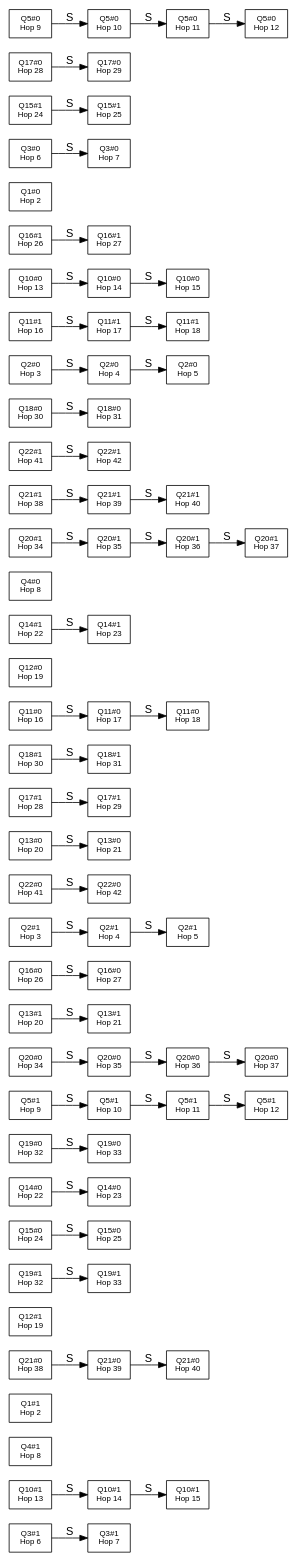
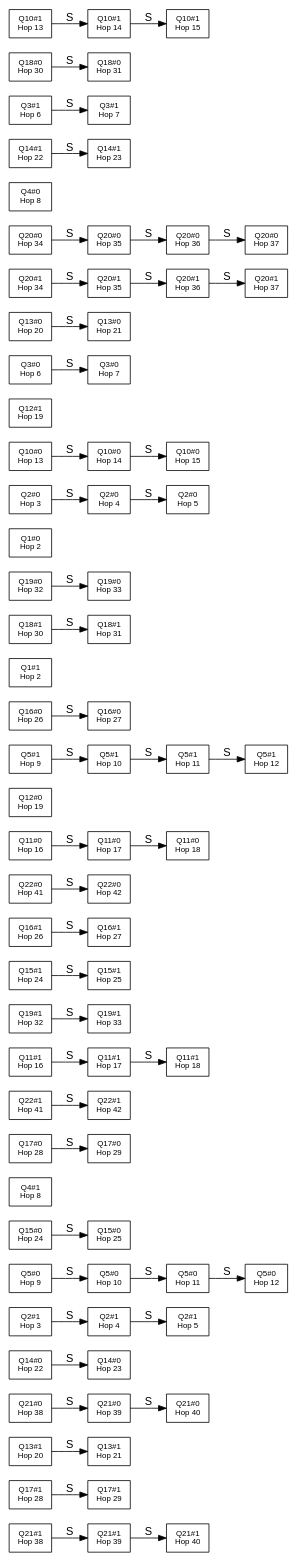
The diagram in results/tpch/sc_graph_combined.dot (gsoosk/benchbase-transact), drawn with Graphviz before and after one commit. The commit also changed 1502 other files, not shown here.

```diff
--- a/results/tpch/sc_graph_combined.dot
+++ b/results/tpch/sc_graph_combined.dot
@@ -1,133 +1,133 @@
 digraph CombinedSCGraph {
   graph [rankdir=LR];
   node  [shape=record, fontsize=10, fontname=Helvetica];
   edge  [fontname=Helvetica];
-  cv0 [label="Q3#1\nHop 6\n"];
-  cv1 [label="Q10#1\nHop 13\n"];
-  cv2 [label="Q10#1\nHop 14\n"];
-  cv3 [label="Q4#1\nHop 8\n"];
-  cv4 [label="Q1#1\nHop 2\n"];
-  cv5 [label="Q21#0\nHop 38\n"];
-  cv6 [label="Q12#1\nHop 19\n"];
-  cv7 [label="Q19#1\nHop 32\n"];
-  cv8 [label="Q15#0\nHop 24\n"];
-  cv9 [label="Q14#0\nHop 22\n"];
-  cv10 [label="Q19#0\nHop 32\n"];
-  cv11 [label="Q5#1\nHop 9\n"];
-  cv12 [label="Q20#0\nHop 34\n"];
-  cv13 [label="Q13#1\nHop 20\n"];
-  cv14 [label="Q16#0\nHop 26\n"];
-  cv15 [label="Q16#0\nHop 27\n"];
-  cv16 [label="Q2#1\nHop 3\n"];
-  cv17 [label="Q22#0\nHop 41\n"];
-  cv18 [label="Q22#0\nHop 42\n"];
-  cv19 [label="Q13#0\nHop 20\n"];
-  cv20 [label="Q19#1\nHop 33\n"];
-  cv21 [label="Q17#1\nHop 28\n"];
-  cv22 [label="Q18#1\nHop 30\n"];
-  cv23 [label="Q18#1\nHop 31\n"];
-  cv24 [label="Q11#0\nHop 16\n"];
+  cv0 [label="Q21#1\nHop 38\n"];
+  cv1 [label="Q17#1\nHop 28\n"];
+  cv2 [label="Q13#1\nHop 20\n"];
+  cv3 [label="Q21#0\nHop 38\n"];
+  cv4 [label="Q14#0\nHop 22\n"];
+  cv5 [label="Q2#1\nHop 3\n"];
+  cv6 [label="Q5#0\nHop 9\n"];
+  cv7 [label="Q15#0\nHop 24\n"];
+  cv8 [label="Q21#0\nHop 39\n"];
+  cv9 [label="Q4#1\nHop 8\n"];
+  cv10 [label="Q17#0\nHop 28\n"];
+  cv11 [label="Q22#1\nHop 41\n"];
+  cv12 [label="Q11#1\nHop 16\n"];
+  cv13 [label="Q17#0\nHop 29\n"];
+  cv14 [label="Q19#1\nHop 32\n"];
+  cv15 [label="Q19#1\nHop 33\n"];
+  cv16 [label="Q15#1\nHop 24\n"];
+  cv17 [label="Q16#1\nHop 26\n"];
+  cv18 [label="Q16#1\nHop 27\n"];
+  cv19 [label="Q22#0\nHop 41\n"];
+  cv20 [label="Q11#0\nHop 16\n"];
+  cv21 [label="Q22#0\nHop 42\n"];
+  cv22 [label="Q12#0\nHop 19\n"];
+  cv23 [label="Q15#0\nHop 25\n"];
+  cv24 [label="Q5#1\nHop 9\n"];
   cv25 [label="Q5#1\nHop 10\n"];
-  cv26 [label="Q12#0\nHop 19\n"];
-  cv27 [label="Q14#1\nHop 22\n"];
-  cv28 [label="Q4#0\nHop 8\n"];
-  cv29 [label="Q20#1\nHop 34\n"];
-  cv30 [label="Q21#1\nHop 38\n"];
-  cv31 [label="Q21#1\nHop 39\n"];
-  cv32 [label="Q21#1\nHop 40\n"];
-  cv33 [label="Q22#1\nHop 41\n"];
-  cv34 [label="Q22#1\nHop 42\n"];
-  cv35 [label="Q18#0\nHop 30\n"];
-  cv36 [label="Q2#0\nHop 3\n"];
-  cv37 [label="Q20#1\nHop 35\n"];
-  cv38 [label="Q20#1\nHop 36\n"];
-  cv39 [label="Q20#1\nHop 37\n"];
-  cv40 [label="Q2#0\nHop 4\n"];
-  cv41 [label="Q3#1\nHop 7\n"];
-  cv42 [label="Q14#0\nHop 23\n"];
-  cv43 [label="Q11#1\nHop 16\n"];
-  cv44 [label="Q11#1\nHop 17\n"];
-  cv45 [label="Q11#1\nHop 18\n"];
-  cv46 [label="Q10#0\nHop 13\n"];
-  cv47 [label="Q10#0\nHop 14\n"];
-  cv48 [label="Q19#0\nHop 33\n"];
-  cv49 [label="Q14#1\nHop 23\n"];
-  cv50 [label="Q10#1\nHop 15\n"];
-  cv51 [label="Q5#1\nHop 11\n"];
-  cv52 [label="Q5#1\nHop 12\n"];
-  cv53 [label="Q20#0\nHop 35\n"];
-  cv54 [label="Q20#0\nHop 36\n"];
-  cv55 [label="Q20#0\nHop 37\n"];
-  cv56 [label="Q13#0\nHop 21\n"];
-  cv57 [label="Q21#0\nHop 39\n"];
-  cv58 [label="Q21#0\nHop 40\n"];
-  cv59 [label="Q16#1\nHop 26\n"];
-  cv60 [label="Q11#0\nHop 17\n"];
-  cv61 [label="Q11#0\nHop 18\n"];
-  cv62 [label="Q10#0\nHop 15\n"];
-  cv63 [label="Q2#0\nHop 5\n"];
-  cv64 [label="Q1#0\nHop 2\n"];
-  cv65 [label="Q3#0\nHop 6\n"];
-  cv66 [label="Q3#0\nHop 7\n"];
-  cv67 [label="Q2#1\nHop 4\n"];
-  cv68 [label="Q2#1\nHop 5\n"];
-  cv69 [label="Q17#1\nHop 29\n"];
-  cv70 [label="Q15#1\nHop 24\n"];
-  cv71 [label="Q15#1\nHop 25\n"];
-  cv72 [label="Q17#0\nHop 28\n"];
-  cv73 [label="Q17#0\nHop 29\n"];
-  cv74 [label="Q18#0\nHop 31\n"];
-  cv75 [label="Q16#1\nHop 27\n"];
-  cv76 [label="Q15#0\nHop 25\n"];
-  cv77 [label="Q5#0\nHop 9\n"];
-  cv78 [label="Q5#0\nHop 10\n"];
-  cv79 [label="Q5#0\nHop 11\n"];
-  cv80 [label="Q5#0\nHop 12\n"];
-  cv81 [label="Q13#1\nHop 21\n"];
-  cv0 -> cv41 [color=black, label="S"];
-  cv1 -> cv2 [color=black, label="S"];
-  cv2 -> cv50 [color=black, label="S"];
-  cv5 -> cv57 [color=black, label="S"];
-  cv7 -> cv20 [color=black, label="S"];
-  cv8 -> cv76 [color=black, label="S"];
-  cv9 -> cv42 [color=black, label="S"];
-  cv10 -> cv48 [color=black, label="S"];
-  cv11 -> cv25 [color=black, label="S"];
-  cv12 -> cv53 [color=black, label="S"];
-  cv13 -> cv81 [color=black, label="S"];
+  cv26 [label="Q16#0\nHop 26\n"];
+  cv27 [label="Q1#1\nHop 2\n"];
+  cv28 [label="Q17#1\nHop 29\n"];
+  cv29 [label="Q18#1\nHop 30\n"];
+  cv30 [label="Q18#1\nHop 31\n"];
+  cv31 [label="Q11#1\nHop 17\n"];
+  cv32 [label="Q11#1\nHop 18\n"];
+  cv33 [label="Q2#1\nHop 4\n"];
+  cv34 [label="Q2#1\nHop 5\n"];
+  cv35 [label="Q19#0\nHop 32\n"];
+  cv36 [label="Q1#0\nHop 2\n"];
+  cv37 [label="Q2#0\nHop 3\n"];
+  cv38 [label="Q10#0\nHop 13\n"];
+  cv39 [label="Q13#1\nHop 21\n"];
+  cv40 [label="Q21#1\nHop 39\n"];
+  cv41 [label="Q21#1\nHop 40\n"];
+  cv42 [label="Q5#0\nHop 10\n"];
+  cv43 [label="Q5#0\nHop 11\n"];
+  cv44 [label="Q21#0\nHop 40\n"];
+  cv45 [label="Q12#1\nHop 19\n"];
+  cv46 [label="Q16#0\nHop 27\n"];
+  cv47 [label="Q14#0\nHop 23\n"];
+  cv48 [label="Q3#0\nHop 6\n"];
+  cv49 [label="Q5#1\nHop 11\n"];
+  cv50 [label="Q5#1\nHop 12\n"];
+  cv51 [label="Q22#1\nHop 42\n"];
+  cv52 [label="Q15#1\nHop 25\n"];
+  cv53 [label="Q5#0\nHop 12\n"];
+  cv54 [label="Q13#0\nHop 20\n"];
+  cv55 [label="Q13#0\nHop 21\n"];
+  cv56 [label="Q10#0\nHop 14\n"];
+  cv57 [label="Q20#1\nHop 34\n"];
+  cv58 [label="Q20#1\nHop 35\n"];
+  cv59 [label="Q20#1\nHop 36\n"];
+  cv60 [label="Q20#1\nHop 37\n"];
+  cv61 [label="Q20#0\nHop 34\n"];
+  cv62 [label="Q20#0\nHop 35\n"];
+  cv63 [label="Q20#0\nHop 36\n"];
+  cv64 [label="Q20#0\nHop 37\n"];
+  cv65 [label="Q4#0\nHop 8\n"];
+  cv66 [label="Q14#1\nHop 22\n"];
+  cv67 [label="Q14#1\nHop 23\n"];
+  cv68 [label="Q10#0\nHop 15\n"];
+  cv69 [label="Q3#1\nHop 6\n"];
+  cv70 [label="Q3#1\nHop 7\n"];
+  cv71 [label="Q3#0\nHop 7\n"];
+  cv72 [label="Q18#0\nHop 30\n"];
+  cv73 [label="Q18#0\nHop 31\n"];
+  cv74 [label="Q2#0\nHop 4\n"];
+  cv75 [label="Q2#0\nHop 5\n"];
+  cv76 [label="Q10#1\nHop 13\n"];
+  cv77 [label="Q10#1\nHop 14\n"];
+  cv78 [label="Q10#1\nHop 15\n"];
+  cv79 [label="Q11#0\nHop 17\n"];
+  cv80 [label="Q11#0\nHop 18\n"];
+  cv81 [label="Q19#0\nHop 33\n"];
+  cv0 -> cv40 [color=black, label="S"];
+  cv1 -> cv28 [color=black, label="S"];
+  cv2 -> cv39 [color=black, label="S"];
+  cv3 -> cv8 [color=black, label="S"];
+  cv4 -> cv47 [color=black, label="S"];
+  cv5 -> cv33 [color=black, label="S"];
+  cv6 -> cv42 [color=black, label="S"];
+  cv7 -> cv23 [color=black, label="S"];
+  cv8 -> cv44 [color=black, label="S"];
+  cv10 -> cv13 [color=black, label="S"];
+  cv11 -> cv51 [color=black, label="S"];
+  cv12 -> cv31 [color=black, label="S"];
   cv14 -> cv15 [color=black, label="S"];
-  cv16 -> cv67 [color=black, label="S"];
+  cv16 -> cv52 [color=black, label="S"];
   cv17 -> cv18 [color=black, label="S"];
-  cv19 -> cv56 [color=black, label="S"];
-  cv21 -> cv69 [color=black, label="S"];
-  cv22 -> cv23 [color=black, label="S"];
-  cv24 -> cv60 [color=black, label="S"];
-  cv25 -> cv51 [color=black, label="S"];
-  cv27 -> cv49 [color=black, label="S"];
-  cv29 -> cv37 [color=black, label="S"];
-  cv30 -> cv31 [color=black, label="S"];
+  cv19 -> cv21 [color=black, label="S"];
+  cv20 -> cv79 [color=black, label="S"];
+  cv24 -> cv25 [color=black, label="S"];
+  cv25 -> cv49 [color=black, label="S"];
+  cv26 -> cv46 [color=black, label="S"];
+  cv29 -> cv30 [color=black, label="S"];
   cv31 -> cv32 [color=black, label="S"];
   cv33 -> cv34 [color=black, label="S"];
-  cv35 -> cv74 [color=black, label="S"];
-  cv36 -> cv40 [color=black, label="S"];
-  cv37 -> cv38 [color=black, label="S"];
-  cv38 -> cv39 [color=black, label="S"];
-  cv40 -> cv63 [color=black, label="S"];
-  cv43 -> cv44 [color=black, label="S"];
-  cv44 -> cv45 [color=black, label="S"];
-  cv46 -> cv47 [color=black, label="S"];
-  cv47 -> cv62 [color=black, label="S"];
-  cv51 -> cv52 [color=black, label="S"];
-  cv53 -> cv54 [color=black, label="S"];
+  cv35 -> cv81 [color=black, label="S"];
+  cv37 -> cv74 [color=black, label="S"];
+  cv38 -> cv56 [color=black, label="S"];
+  cv40 -> cv41 [color=black, label="S"];
+  cv42 -> cv43 [color=black, label="S"];
+  cv43 -> cv53 [color=black, label="S"];
+  cv48 -> cv71 [color=black, label="S"];
+  cv49 -> cv50 [color=black, label="S"];
   cv54 -> cv55 [color=black, label="S"];
+  cv56 -> cv68 [color=black, label="S"];
   cv57 -> cv58 [color=black, label="S"];
-  cv59 -> cv75 [color=black, label="S"];
-  cv60 -> cv61 [color=black, label="S"];
-  cv65 -> cv66 [color=black, label="S"];
-  cv67 -> cv68 [color=black, label="S"];
-  cv70 -> cv71 [color=black, label="S"];
+  cv58 -> cv59 [color=black, label="S"];
+  cv59 -> cv60 [color=black, label="S"];
+  cv61 -> cv62 [color=black, label="S"];
+  cv62 -> cv63 [color=black, label="S"];
+  cv63 -> cv64 [color=black, label="S"];
+  cv66 -> cv67 [color=black, label="S"];
+  cv69 -> cv70 [color=black, label="S"];
   cv72 -> cv73 [color=black, label="S"];
+  cv74 -> cv75 [color=black, label="S"];
+  cv76 -> cv77 [color=black, label="S"];
   cv77 -> cv78 [color=black, label="S"];
-  cv78 -> cv79 [color=black, label="S"];
   cv79 -> cv80 [color=black, label="S"];
 }
```
